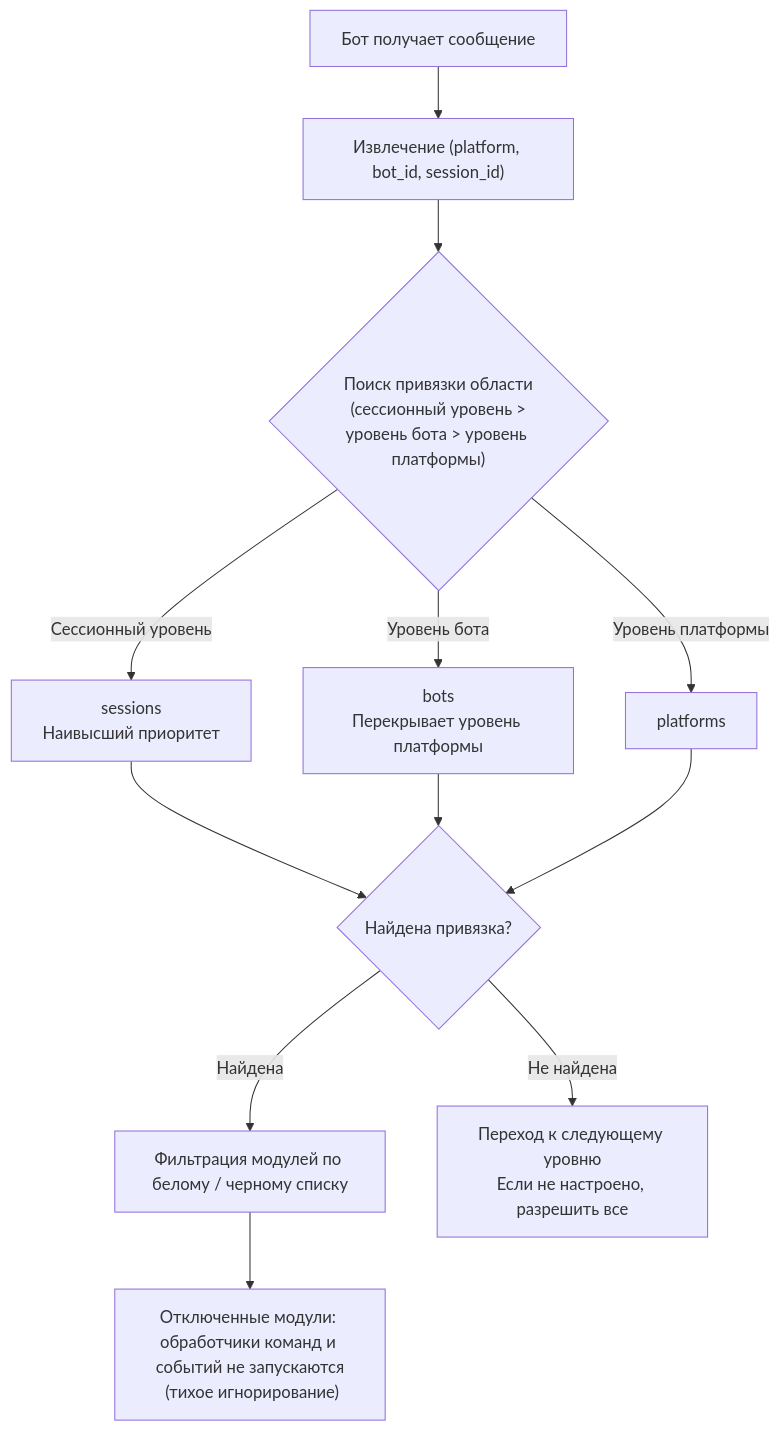
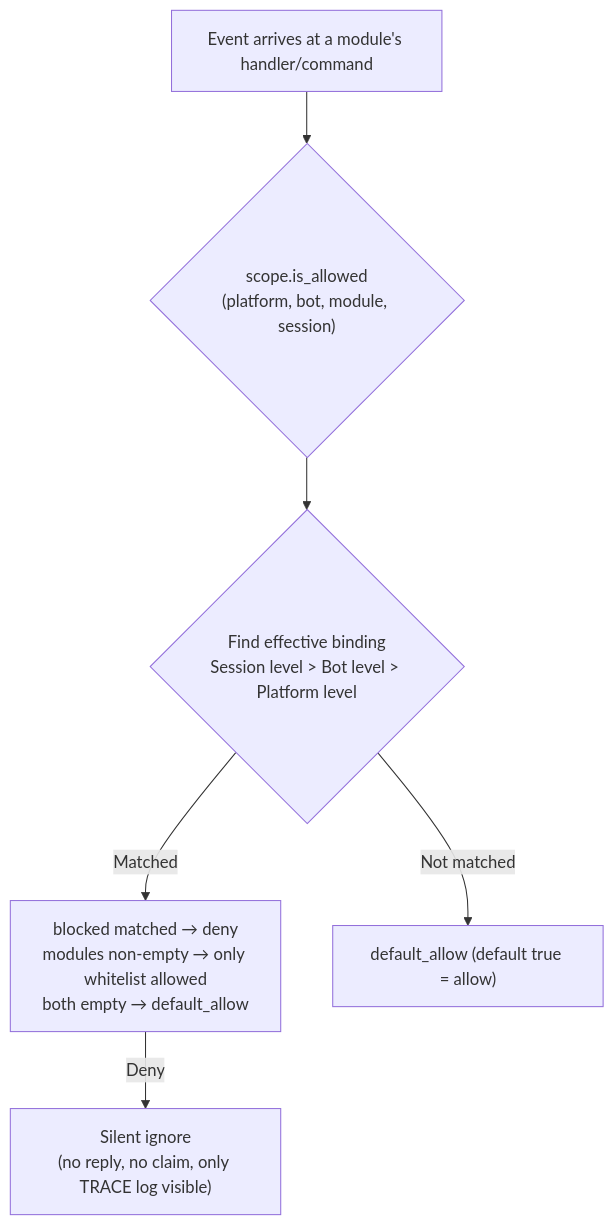
Before and after one commit to ErisPulse/ErisPulse: the diagram in docs/ru/advanced/scope.md, drawn with Mermaid. The commit also changed other lines of this file and 299 other files, not shown here.

````diff
--- a/docs/ru/advanced/scope.md
+++ b/docs/ru/advanced/scope.md
@@ -19,12 +99,8 @@
 ```mermaid
 flowchart TD
-    A["Бот получает сообщение"] --> B["Извлечение (platform, bot_id, session_id)"]
-    B --> C{"Поиск привязки области<br/> (сессионный уровень > уровень бота > уровень платформы)"}
-    C -->|"Сессионный уровень"| D["sessions<br/>Наивысший приоритет"]
-    C -->|"Уровень бота"| E["bots<br/>Перекрывает уровень платформы"]
-    C -->|"Уровень платформы"| F["platforms"]
-    D & E & F --> G{"Найдена привязка?"}
-    G -->|"Найдена"| H["Фильтрация модулей по белому / черному списку"]
-    G -->|"Не найдена"| I["Переход к следующему уровню<br/>Если не настроено, разрешить все"]
-    H --> J["Отключенные модули: обработчики команд и событий не запускаются<br/> (тихое игнорирование)"]
+    A["Event arrives at a module's handler/command"] --> B{"scope.is_allowed<br/>(platform, bot, module, session)"}
+    B --> C{"Find effective binding<br/>Session level > Bot level > Platform level"}
+    C -->|"Matched"| D["blocked matched → deny<br/>modules non-empty → only whitelist allowed<br/>both empty → default_allow"]
+    C -->|"Not matched"| E["default_allow (default true = allow)"]
+    D -->|"Deny"| Z["Silent ignore<br/>(no reply, no claim, only TRACE log visible)"]
 ```
````
